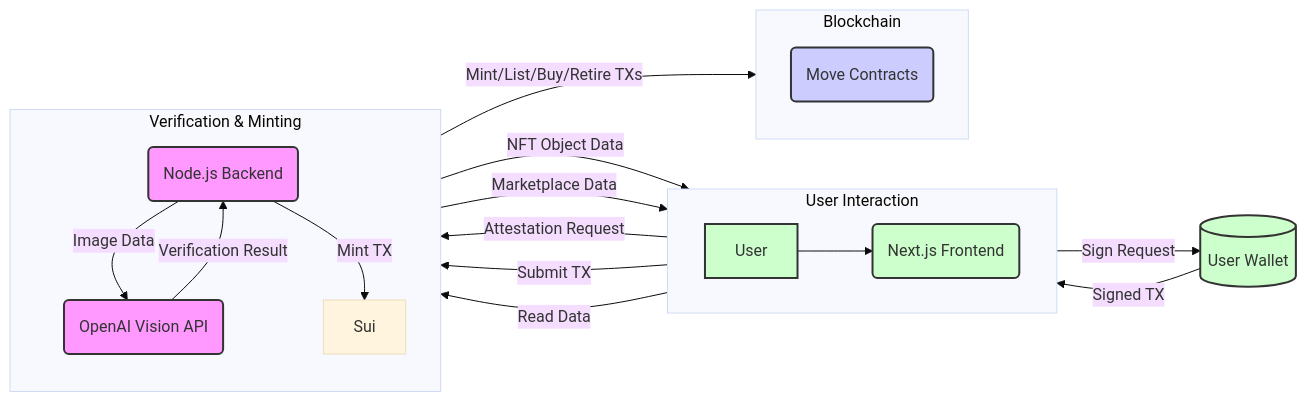
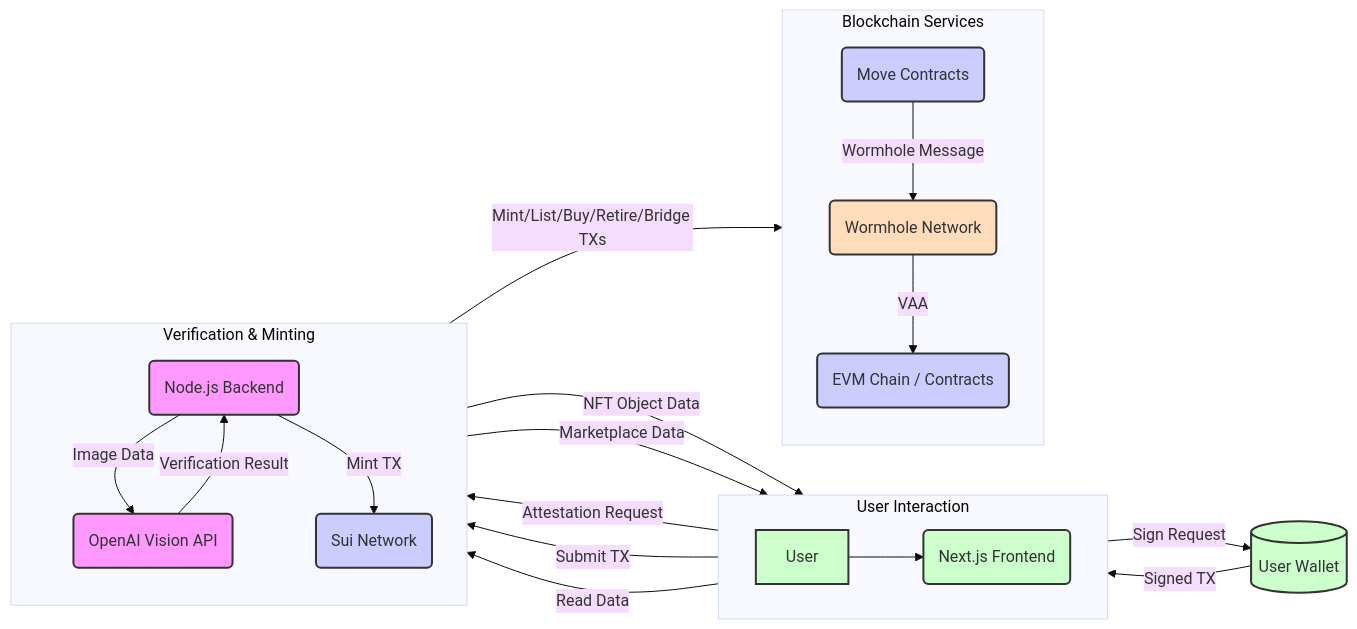
One commit to choguun/sui-cross-chain-carbon-marketplace changed the first of 5 diagrams in README.md. Above: the diagram before and after it, drawn with Mermaid (base theme). The commit also changed other lines of this file and 74 other files, not shown here.

````diff
--- a/README.md
+++ b/README.md
@@ -50,34 +54,38 @@
 ```mermaid
 flowchart LR
     subgraph User Interaction
         direction LR
         User --> FE(Next.js Frontend)
     end
 
     subgraph Verification & Minting
         direction TB
         BE(Node.js Backend) -- Image Data --> OpenAI(OpenAI Vision API)
         OpenAI -- Verification Result --> BE
-        BE -- Mint TX --> Sui
+        BE -- Mint TX --> SuiNet(Sui Network)
     end
     
-    subgraph Blockchain
+    subgraph Blockchain Services
          direction TB
-         Sui -- NFT Object Data --> FE
-         Sui -- Marketplace Data --> FE
-         Sui -- Mint/List/Buy/Retire TXs --> Contracts(Move Contracts)
+         SuiNet -- NFT Object Data --> FE
+         SuiNet -- Marketplace Data --> FE
+         SuiNet -- Mint/List/Buy/Retire/Bridge TXs --> Contracts(Move Contracts)
+         Contracts -- Wormhole Message --> WHN(Wormhole Network)
+         WHN -- VAA --> EVM(EVM Chain / Contracts)
     end
 
     FE -- Attestation Request --> BE
     FE -- Sign Request --> Wallet[(User Wallet)]
     Wallet -- Signed TX --> FE
-    FE -- Submit TX --> Sui
-    FE -- Read Data --> Sui
+    FE -- Submit TX --> SuiNet
+    FE -- Read Data --> SuiNet
 
     classDef service fill:#f9f,stroke:#333,stroke-width:2px;
     classDef blockchain fill:#ccf,stroke:#333,stroke-width:2px;
     classDef user fill:#cfc,stroke:#333,stroke-width:2px;
+    classDef wormhole fill:#fdb,stroke:#333,stroke-width:2px;
     class FE,User,Wallet user;
     class BE,OpenAI service;
-    class SUI,Contracts blockchain;
+    class SuiNet,Contracts,EVM blockchain;
+    class WHN wormhole;
 ```
````
